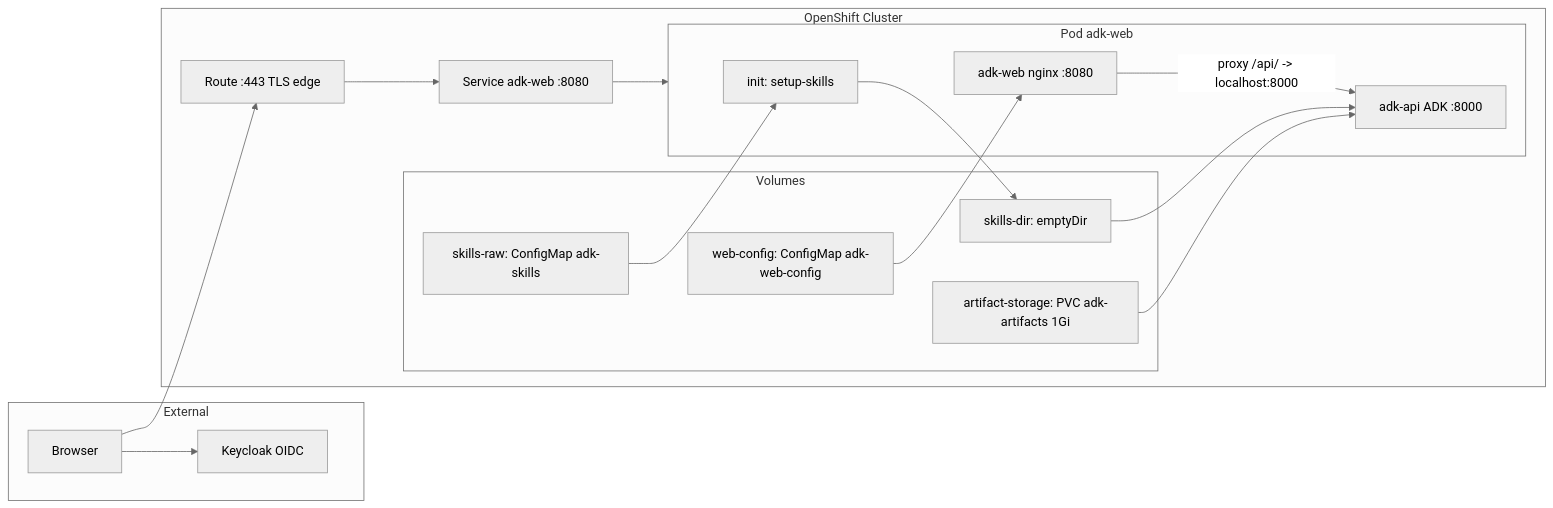
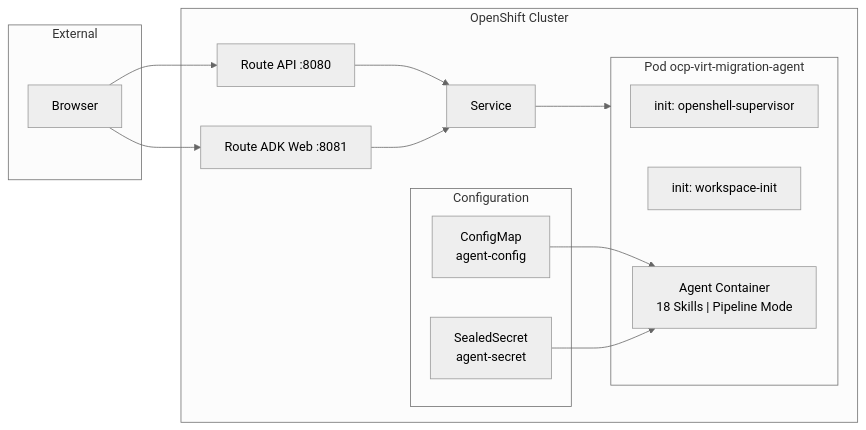
Before and after one commit to rrbanda/ocp-virt-migration-agent: the first of 4 diagrams in docs/architecture.md, drawn with Mermaid (neutral theme). The commit also changed other lines of this file and 5 other files, not shown here.

First line of the commit message:
docs: update architecture diagrams and text for current 4-agent Workflow

````diff
--- a/docs/architecture.md
+++ b/docs/architecture.md
@@ -48,35 +43,29 @@
 ```mermaid
 graph LR
     subgraph ext [External]
         Browser
-        Keycloak["Keycloak OIDC"]
     end
 
     subgraph ocp [OpenShift Cluster]
-        Route["Route :443 TLS edge"] --> Service["Service adk-web :8080"]
-        Service --> Pod
+        Route1["Route API :8080"] --> Service
+        Route2["Route ADK Web :8081"] --> Service
+        Service["Service"] --> Pod
 
-        subgraph Pod [Pod adk-web]
-            Init["init: setup-skills"]
-            Web["adk-web nginx :8080"]
-            Api["adk-api ADK :8000"]
-            Web -->|"proxy /api/ -> localhost:8000"| Api
+        subgraph Pod [Pod ocp-virt-migration-agent]
+            Init1["init: openshell-supervisor"]
+            Init2["init: workspace-init"]
+            Agent["Agent Container\n18 Skills | Pipeline Mode"]
         end
 
-        subgraph volumes [Volumes]
-            CM_Config["web-config: ConfigMap adk-web-config"]
-            CM_Skills["skills-raw: ConfigMap adk-skills"]
-            PVC["artifact-storage: PVC adk-artifacts 1Gi"]
-            EmptyDir["skills-dir: emptyDir"]
+        subgraph config [Configuration]
+            CM["ConfigMap\nagent-config"]
+            Secret["SealedSecret\nagent-secret"]
         end
 
-        CM_Skills --> Init
-        Init --> EmptyDir
-        EmptyDir --> Api
-        CM_Config --> Web
-        PVC --> Api
+        CM --> Agent
+        Secret --> Agent
     end
 
-    Browser --> Route
-    Browser --> Keycloak
+    Browser --> Route1
+    Browser --> Route2
 ```
````
